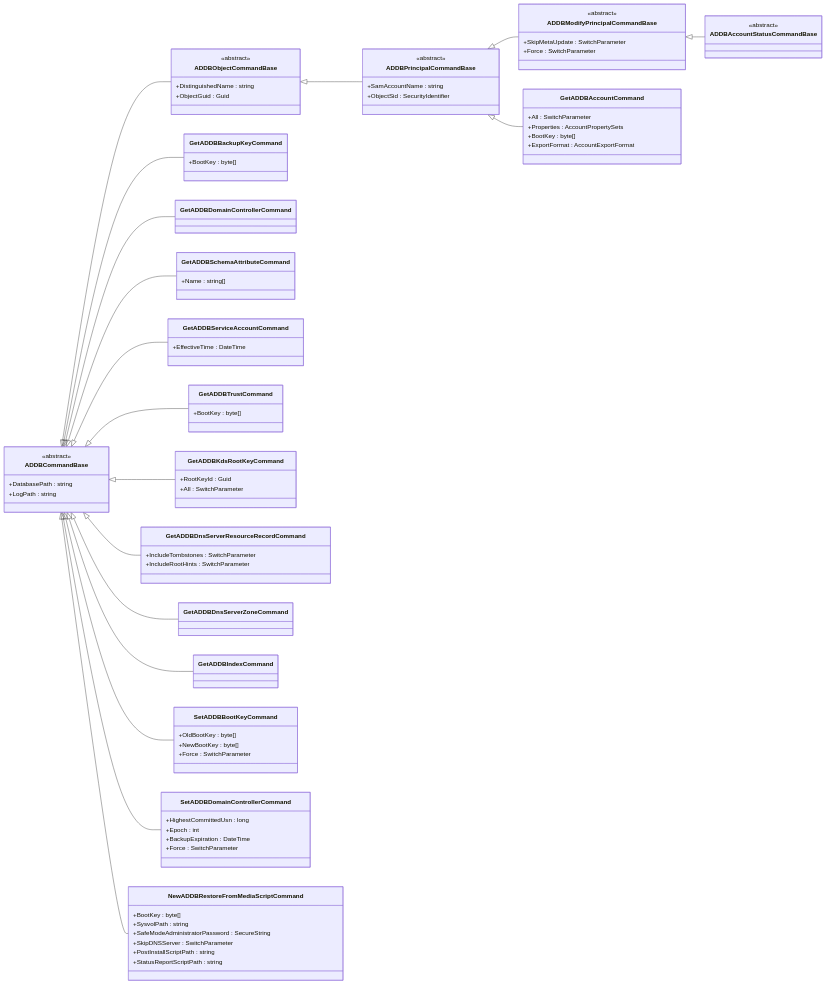
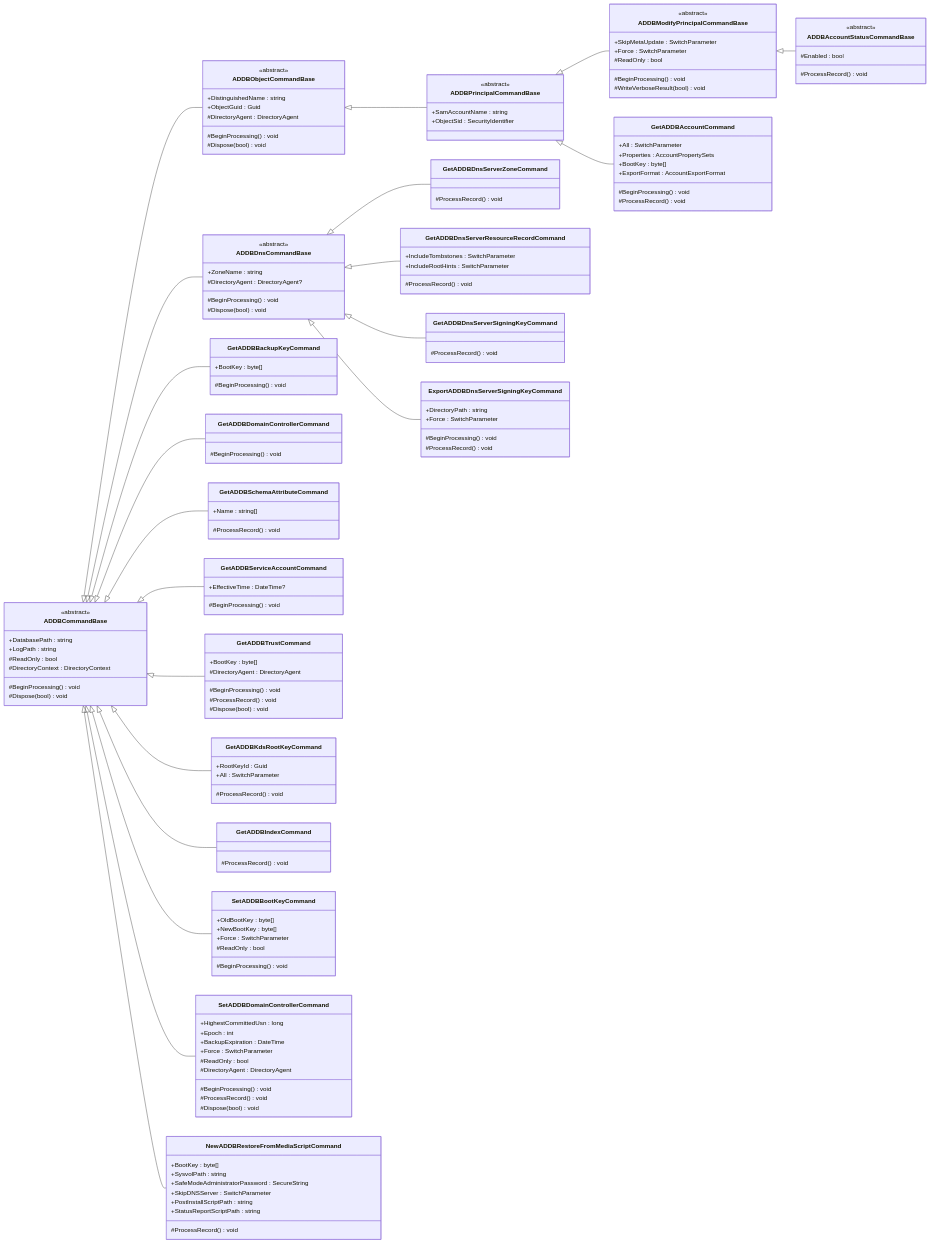
The second of 10 diagrams in Src/DSInternals.PowerShell/Commands/README.md (MichaelGrafnetter/DSInternals), drawn with Mermaid before and after one commit. The commit also changed other lines of this file and 24 other files, not shown here.

Commit message:
DNS signing key retrieval

```diff
--- a/Src/DSInternals.PowerShell/Commands/README.md
+++ b/Src/DSInternals.PowerShell/Commands/README.md
@@ -57,11 +100,18 @@
         <<abstract>>
         +DatabasePath : string
         +LogPath : string
+        #ReadOnly : bool
+        #DirectoryContext : DirectoryContext
+        #BeginProcessing() void
+        #Dispose(bool) void
     }
     class ADDBObjectCommandBase {
         <<abstract>>
         +DistinguishedName : string
         +ObjectGuid : Guid
+        #DirectoryAgent : DirectoryAgent
+        #BeginProcessing() void
+        #Dispose(bool) void
     }
     class ADDBPrincipalCommandBase {
         <<abstract>>
@@ -72,55 +122,101 @@
         <<abstract>>
         +SkipMetaUpdate : SwitchParameter
         +Force : SwitchParameter
+        #ReadOnly : bool
+        #BeginProcessing() void
+        #WriteVerboseResult(bool) void
     }
     class ADDBAccountStatusCommandBase {
         <<abstract>>
+        #Enabled : bool
+        #ProcessRecord() void
+    }
+    class ADDBDnsCommandBase {
+        <<abstract>>
+        +ZoneName : string
+        #DirectoryAgent : DirectoryAgent?
+        #BeginProcessing() void
+        #Dispose(bool) void
     }
 
     ADDBCommandBase <|-- ADDBObjectCommandBase
     ADDBObjectCommandBase <|-- ADDBPrincipalCommandBase
     ADDBPrincipalCommandBase <|-- ADDBModifyPrincipalCommandBase
     ADDBModifyPrincipalCommandBase <|-- ADDBAccountStatusCommandBase
+    ADDBCommandBase <|-- ADDBDnsCommandBase
 
     class GetADDBAccountCommand {
         +All : SwitchParameter
         +Properties : AccountPropertySets
         +BootKey : byte[]
         +ExportFormat : AccountExportFormat
+        #BeginProcessing() void
+        #ProcessRecord() void
     }
     class GetADDBBackupKeyCommand {
         +BootKey : byte[]
+        #BeginProcessing() void
     }
-    class GetADDBDomainControllerCommand
+    class GetADDBDomainControllerCommand {
+        #BeginProcessing() void
+    }
     class GetADDBSchemaAttributeCommand {
         +Name : string[]
+        #ProcessRecord() void
     }
     class GetADDBServiceAccountCommand {
-        +EffectiveTime : DateTime
+        +EffectiveTime : DateTime?
+        #BeginProcessing() void
     }
     class GetADDBTrustCommand {
         +BootKey : byte[]
+        #DirectoryAgent : DirectoryAgent
+        #BeginProcessing() void
+        #ProcessRecord() void
+        #Dispose(bool) void
     }
     class GetADDBKdsRootKeyCommand {
         +RootKeyId : Guid
         +All : SwitchParameter
+        #ProcessRecord() void
+    }
+    class GetADDBDnsServerZoneCommand {
+        #ProcessRecord() void
     }
     class GetADDBDnsServerResourceRecordCommand {
         +IncludeTombstones : SwitchParameter
         +IncludeRootHints : SwitchParameter
+        #ProcessRecord() void
     }
-    class GetADDBDnsServerZoneCommand
-    class GetADDBIndexCommand
+    class GetADDBDnsServerSigningKeyCommand {
+        #ProcessRecord() void
+    }
+    class ExportADDBDnsServerSigningKeyCommand {
+        +DirectoryPath : string
+        +Force : SwitchParameter
+        #BeginProcessing() void
+        #ProcessRecord() void
+    }
+    class GetADDBIndexCommand {
+        #ProcessRecord() void
+    }
     class SetADDBBootKeyCommand {
         +OldBootKey : byte[]
         +NewBootKey : byte[]
         +Force : SwitchParameter
+        #ReadOnly : bool
+        #BeginProcessing() void
     }
     class SetADDBDomainControllerCommand {
         +HighestCommittedUsn : long
         +Epoch : int
         +BackupExpiration : DateTime
         +Force : SwitchParameter
+        #ReadOnly : bool
+        #DirectoryAgent : DirectoryAgent
+        #BeginProcessing() void
+        #ProcessRecord() void
+        #Dispose(bool) void
     }
     class NewADDBRestoreFromMediaScriptCommand {
         +BootKey : byte[]
@@ -129,6 +225,7 @@
         +SkipDNSServer : SwitchParameter
         +PostInstallScriptPath : string
         +StatusReportScriptPath : string
+        #ProcessRecord() void
     }
 
     ADDBCommandBase <|-- GetADDBBackupKeyCommand
@@ -137,8 +234,10 @@
     ADDBCommandBase <|-- GetADDBServiceAccountCommand
     ADDBCommandBase <|-- GetADDBTrustCommand
     ADDBCommandBase <|-- GetADDBKdsRootKeyCommand
-    ADDBCommandBase <|-- GetADDBDnsServerResourceRecordCommand
-    ADDBCommandBase <|-- GetADDBDnsServerZoneCommand
+    ADDBDnsCommandBase <|-- GetADDBDnsServerZoneCommand
+    ADDBDnsCommandBase <|-- GetADDBDnsServerResourceRecordCommand
+    ADDBDnsCommandBase <|-- GetADDBDnsServerSigningKeyCommand
+    ADDBDnsCommandBase <|-- ExportADDBDnsServerSigningKeyCommand
     ADDBCommandBase <|-- GetADDBIndexCommand
     ADDBCommandBase <|-- SetADDBBootKeyCommand
     ADDBCommandBase <|-- SetADDBDomainControllerCommand
```
